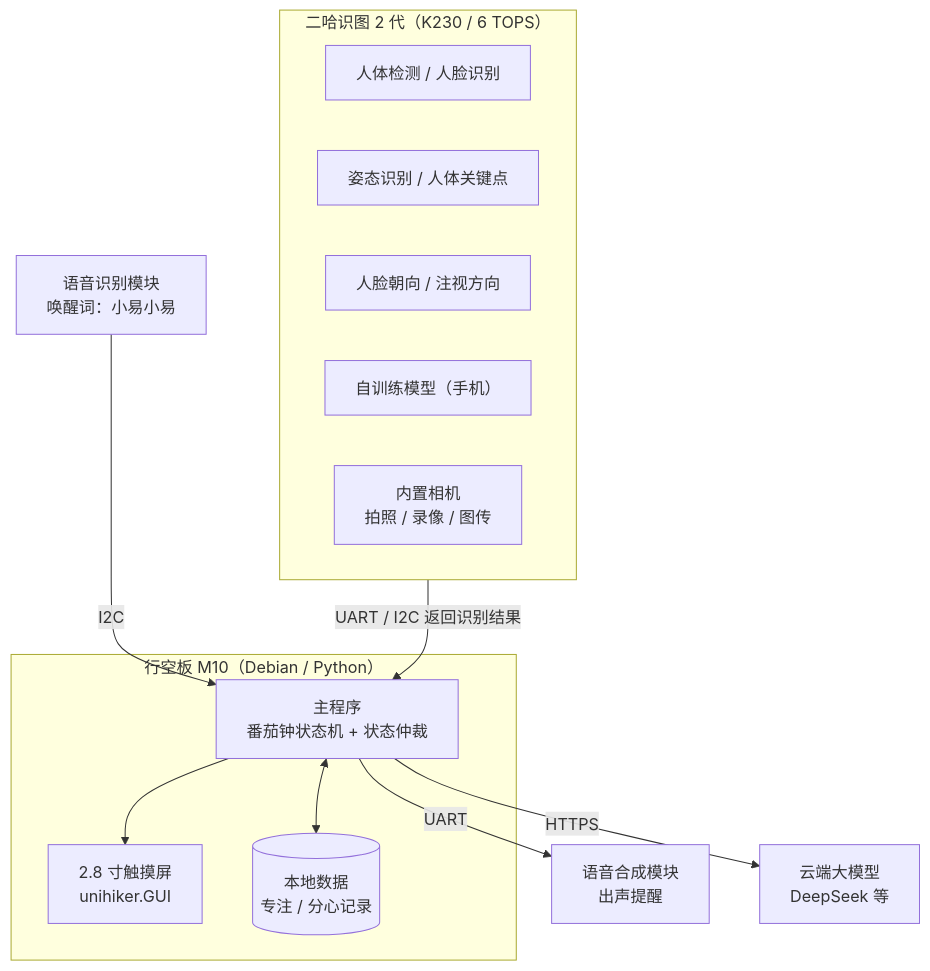
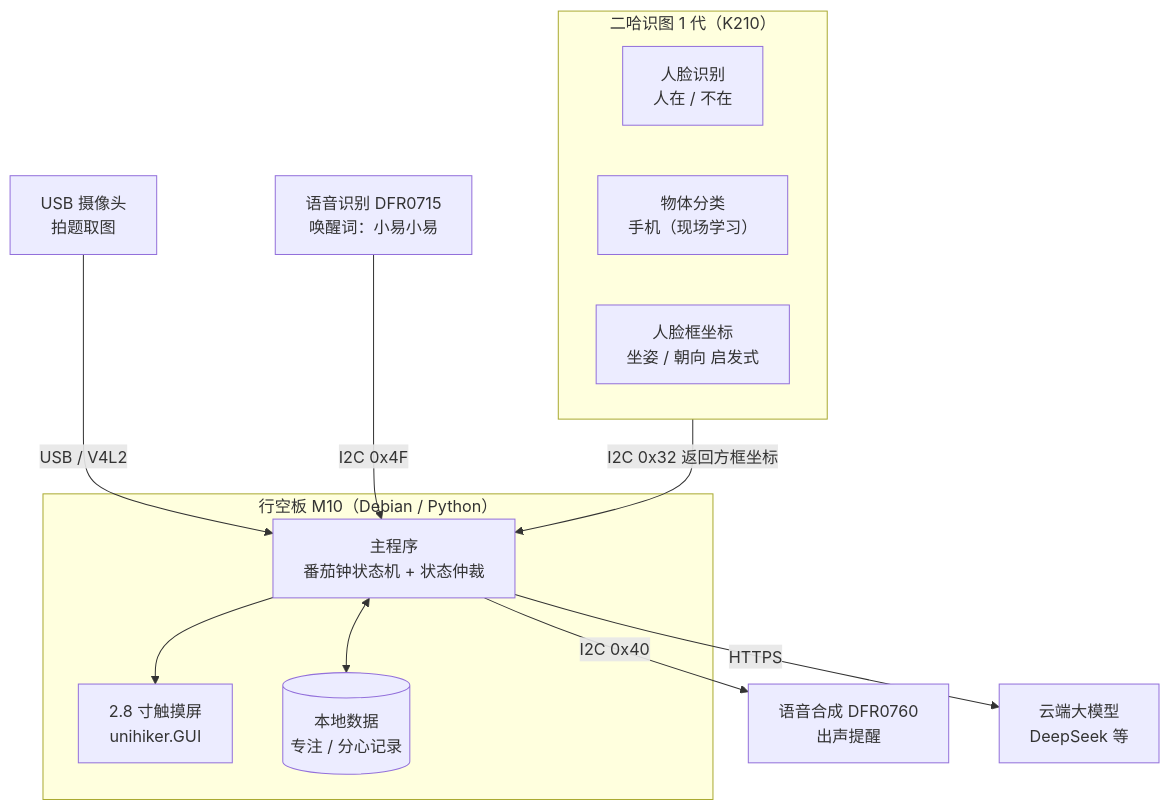
One commit to Redsun-supper/smarttomato changed the diagram in README.md. Above: the diagram before and after it, drawn with Mermaid. The commit also changed other lines of this file and 5 other files, not shown here.

First line of the commit message:
feat: 改用二哈识图 1 代方案，新增语音唤醒时钟与在座监督界面设计

````diff
--- a/README.md
+++ b/README.md
@@ -169,27 +178,27 @@
 ```mermaid
 flowchart TB
     subgraph M10["行空板 M10（Debian / Python）"]
         APP["主程序<br/>番茄钟状态机 + 状态仲裁"]
         GUI["2.8 寸触摸屏<br/>unihiker.GUI"]
         DB[("本地数据<br/>专注 / 分心记录")]
     end
 
-    subgraph HUSKY["二哈识图 2 代（K230 / 6 TOPS）"]
-        M1["人体检测 / 人脸识别"]
-        M2["姿态识别 / 人体关键点"]
-        M3["人脸朝向 / 注视方向"]
-        M4["自训练模型（手机）"]
-        CAM["内置相机<br/>拍照 / 录像 / 图传"]
+    subgraph HUSKY["二哈识图 1 代（K210）"]
+        M1["人脸识别<br/>人在 / 不在"]
+        M2["物体分类<br/>手机（现场学习）"]
+        M3["人脸框坐标<br/>坐姿 / 朝向 启发式"]
     end
 
-    ASR["语音识别模块<br/>唤醒词：小易小易"]
-    TTS["语音合成模块<br/>出声提醒"]
+    CAMUSB["USB 摄像头<br/>拍题取图"]
+    ASR["语音识别 DFR0715<br/>唤醒词：小易小易"]
+    TTS["语音合成 DFR0760<br/>出声提醒"]
     CLOUD["云端大模型<br/>DeepSeek 等"]
 
-    HUSKY -- "UART / I2C 返回识别结果" --> APP
-    ASR -- "I2C" --> APP
-    APP -- "UART" --> TTS
+    HUSKY -- "I2C 0x32 返回方框坐标" --> APP
+    CAMUSB -- "USB / V4L2" --> APP
+    ASR -- "I2C 0x4F" --> APP
+    APP -- "I2C 0x40" --> TTS
     APP --> GUI
     APP <--> DB
     APP -- "HTTPS" --> CLOUD
 ```
````
